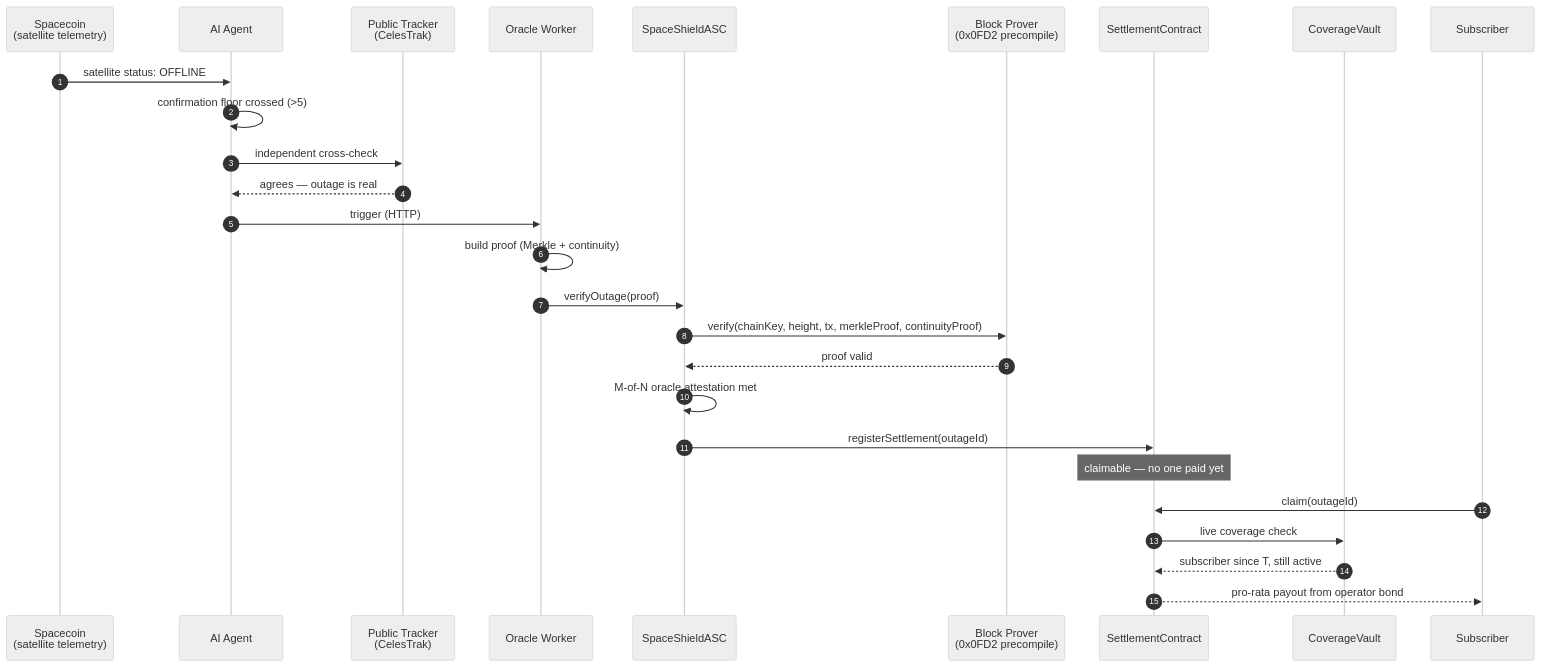
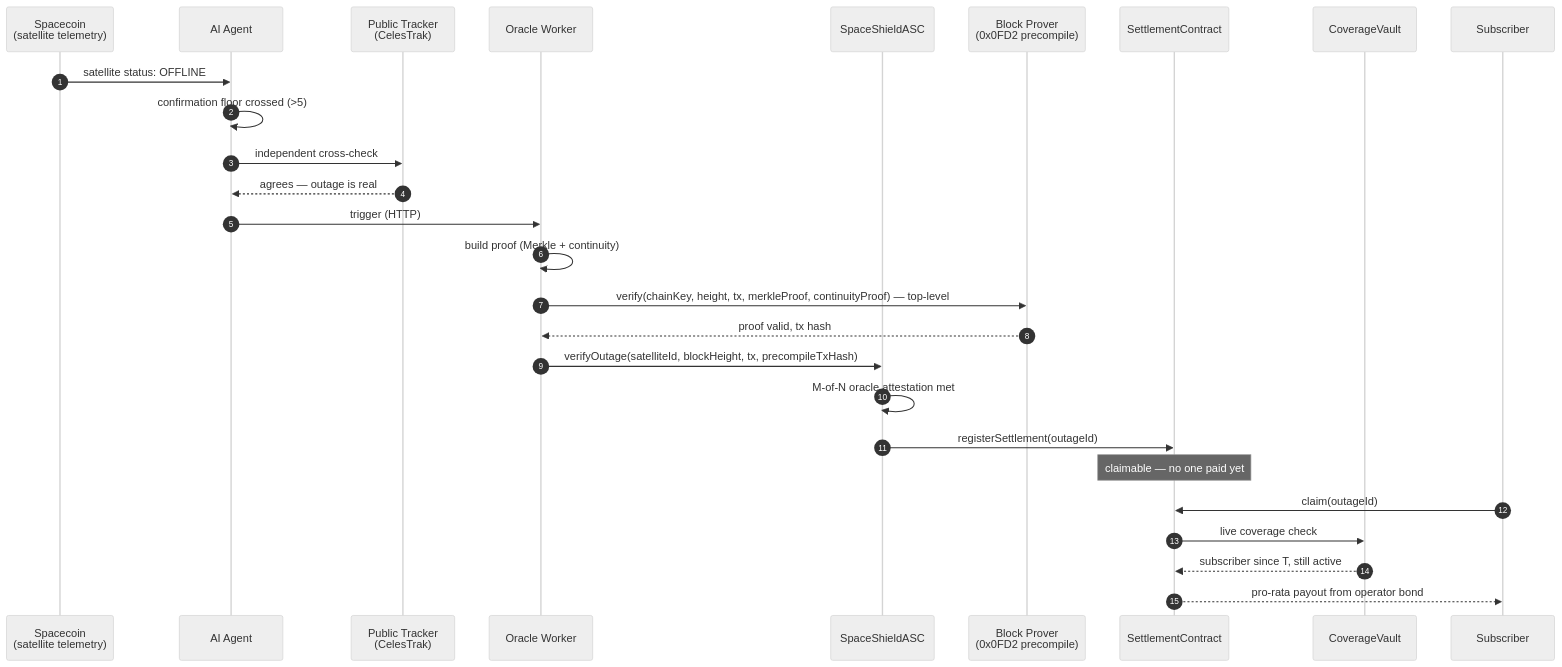
One commit to midexol/SpaceShield changed the first of 2 diagrams in README.md. Above: the diagram before and after it, drawn with Mermaid (neutral theme). The commit also changed other lines of this file and 19 other files, not shown here.

````diff
--- a/README.md
+++ b/README.md
@@ -44,30 +47,30 @@
 ```mermaid
 sequenceDiagram
     autonumber
     participant SC as Spacecoin<br/>(satellite telemetry)
     participant AI as AI Agent
     participant PT as Public Tracker<br/>(CelesTrak)
     participant OW as Oracle Worker
     participant ASC as SpaceShieldASC
     participant BP as Block Prover<br/>(0x0FD2 precompile)
     participant ST as SettlementContract
     participant CV as CoverageVault
     participant U as Subscriber
 
     SC->>AI: satellite status: OFFLINE
     AI->>AI: confirmation floor crossed (>5)
     AI->>PT: independent cross-check
     PT-->>AI: agrees — outage is real
     AI->>OW: trigger (HTTP)
     OW->>OW: build proof (Merkle + continuity)
-    OW->>ASC: verifyOutage(proof)
-    ASC->>BP: verify(chainKey, height, tx, merkleProof, continuityProof)
-    BP-->>ASC: proof valid
+    OW->>BP: verify(chainKey, height, tx, merkleProof, continuityProof) — top-level
+    BP-->>OW: proof valid, tx hash
+    OW->>ASC: verifyOutage(satelliteId, blockHeight, tx, precompileTxHash)
     ASC->>ASC: M-of-N oracle attestation met
     ASC->>ST: registerSettlement(outageId)
     Note over ST: claimable — no one paid yet
     U->>ST: claim(outageId)
     ST->>CV: live coverage check
     CV-->>ST: subscriber since T, still active
     ST-->>U: pro-rata payout from operator bond
 ```
````
